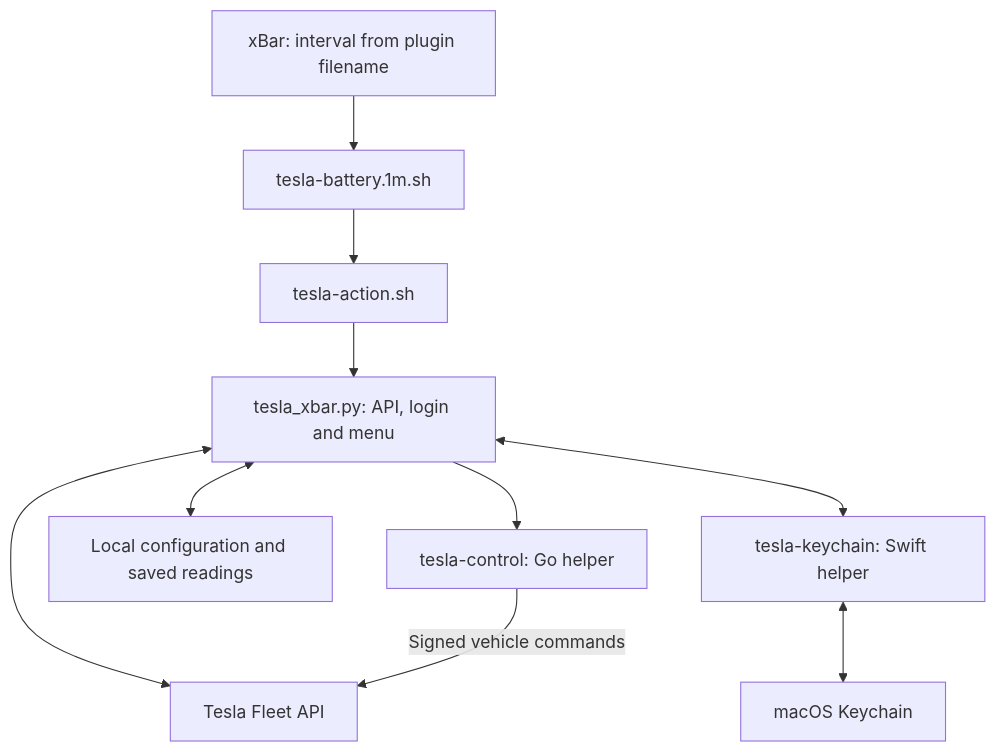
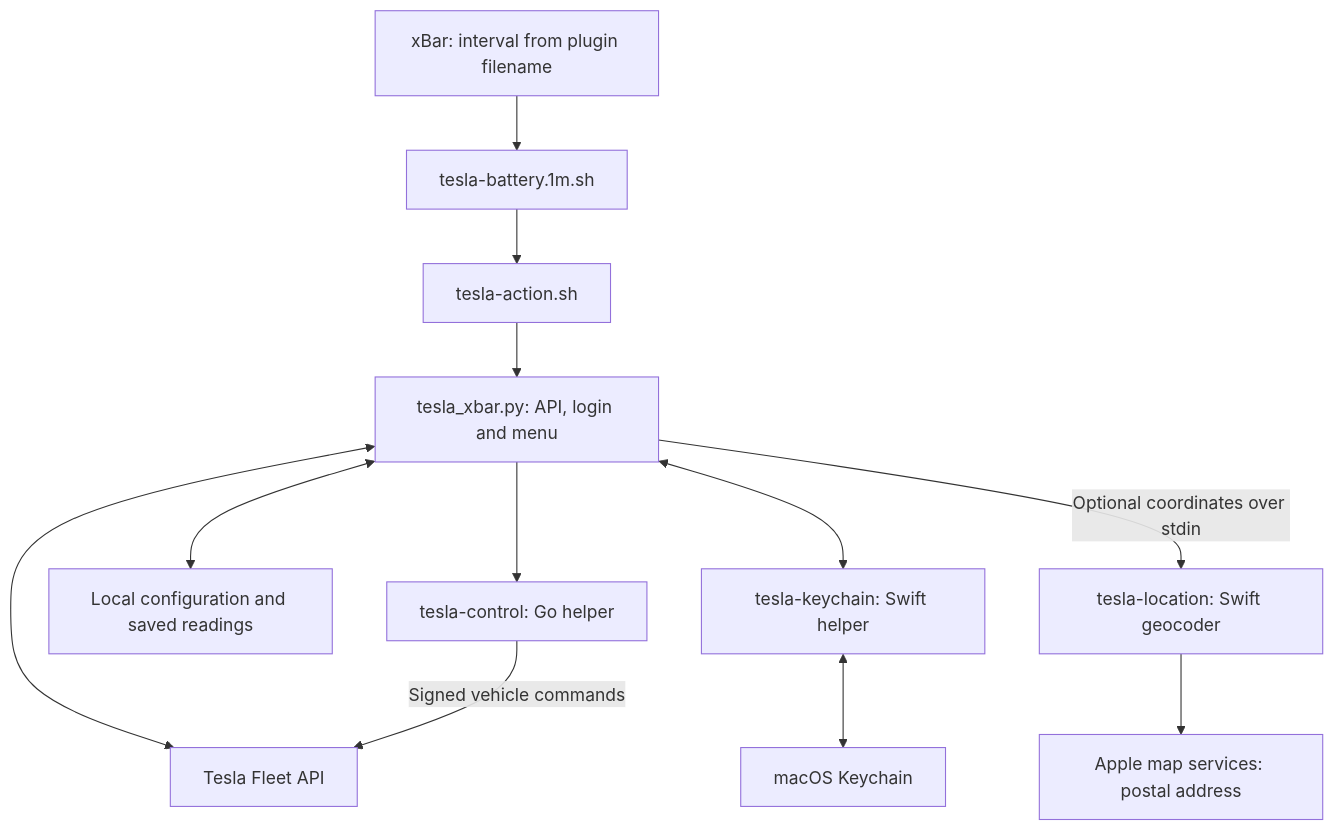
Before and after one commit to kolisko/tesla-xbar: the diagram in README.md, drawn with Mermaid. The commit also changed other lines of this file and 50 other files, not shown here.

Commit message:
Add Sentry controls and optional vehicle location with Apple Maps (#8)

````diff
--- a/README.md
+++ b/README.md
@@ -44,12 +50,14 @@
 ```mermaid
 flowchart TD
     X["xBar: interval from plugin filename"] --> W["tesla-battery.1m.sh"]
     W --> L["tesla-action.sh"]
     L --> P["tesla_xbar.py: API, login and menu"]
     P <--> F["Tesla Fleet API"]
     P <--> K["tesla-keychain: Swift helper"]
     K <--> V["macOS Keychain"]
     P <--> D["Local configuration and saved readings"]
     P --> C["tesla-control: Go helper"]
     C -->|Signed vehicle commands| F
+    P -->|Optional coordinates over stdin| G["tesla-location: Swift geocoder"]
+    G --> A["Apple map services: postal address"]
 ```
````
